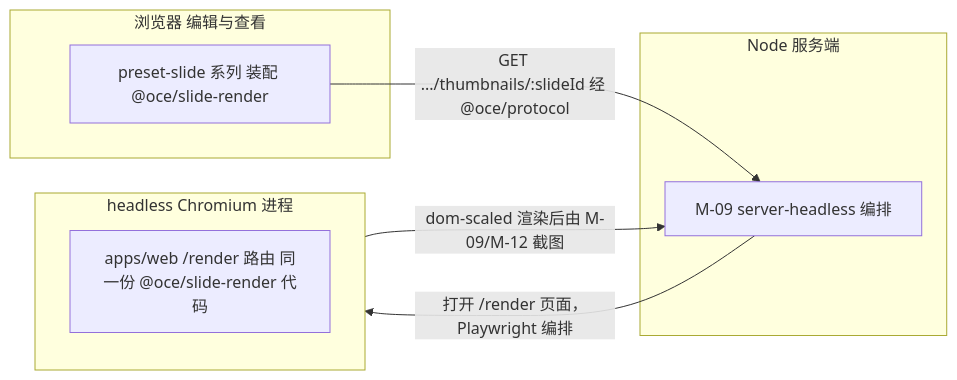
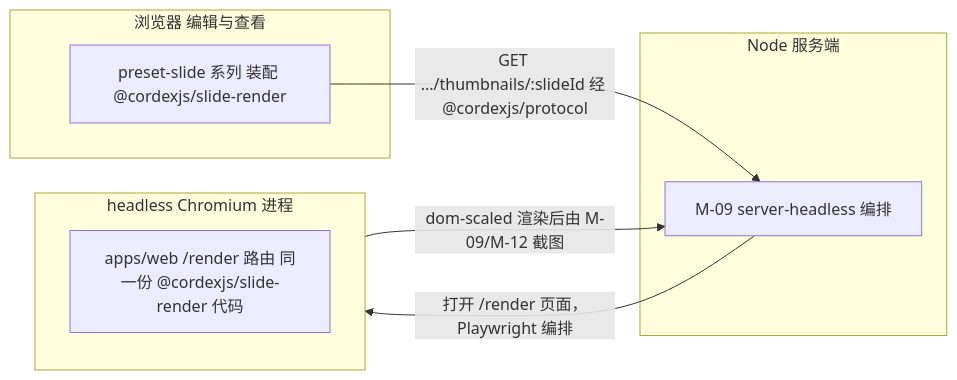
The fourth of 5 diagrams in docs/40-modules/07-slide-rendering.md (Xeonice/cordis-ppt-editor), drawn with Mermaid before and after one commit. The commit also changed other lines of this file and 23 other files, not shown here.

````diff
--- a/docs/40-modules/07-slide-rendering.md
+++ b/docs/40-modules/07-slide-rendering.md
@@ -627,15 +651,15 @@
 ```mermaid
 flowchart LR
 subgraph browser["浏览器 编辑与查看"]
-  presetSlide["preset-slide 系列 装配 @oce/slide-render"]
+  presetSlide["preset-slide 系列 装配 @cordexjs/slide-render"]
 end
 subgraph node["Node 服务端"]
   headlessHost["M-09 server-headless 编排"]
 end
 subgraph chromium["headless Chromium 进程"]
-  renderRoute["apps/web /render 路由 同一份 @oce/slide-render 代码"]
+  renderRoute["apps/web /render 路由 同一份 @cordexjs/slide-render 代码"]
 end
-presetSlide -- "GET .../thumbnails/:slideId 经 @oce/protocol" --> headlessHost
+presetSlide -- "GET .../thumbnails/:slideId 经 @cordexjs/protocol" --> headlessHost
 headlessHost -- "打开 /render 页面，Playwright 编排" --> chromium
 chromium -- "dom-scaled 渲染后由 M-09/M-12 截图" --> headlessHost
 ```
````
